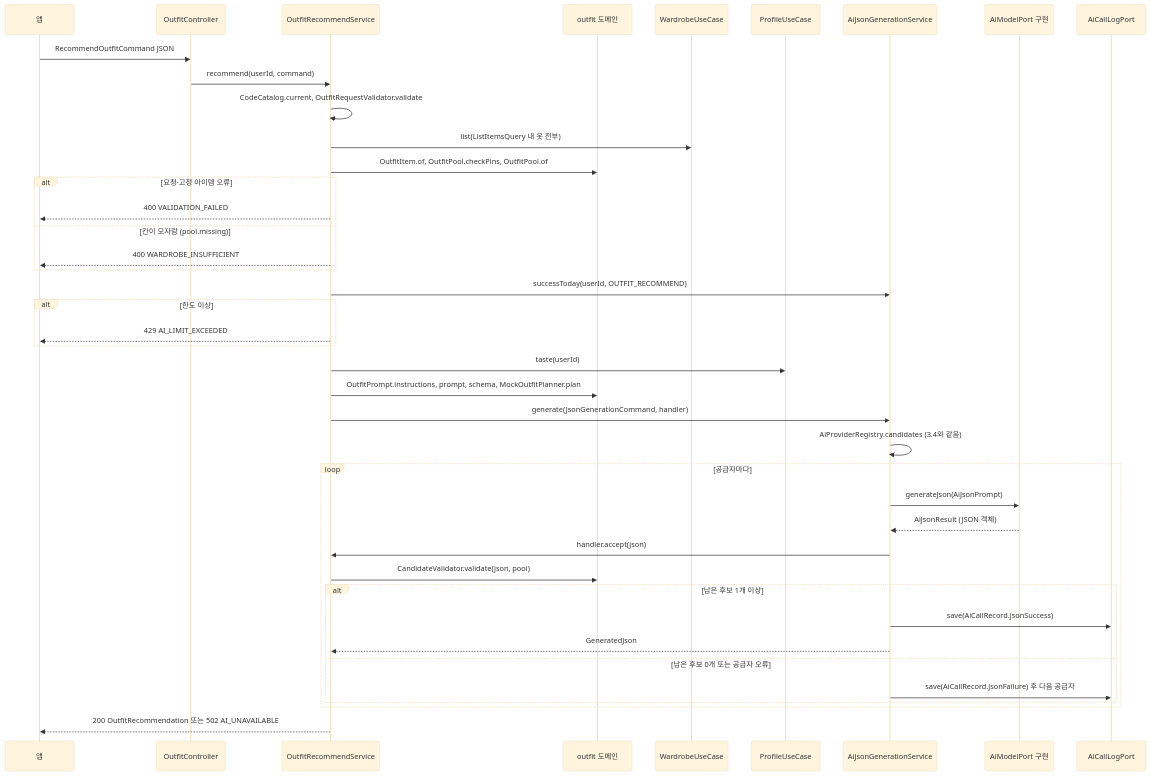
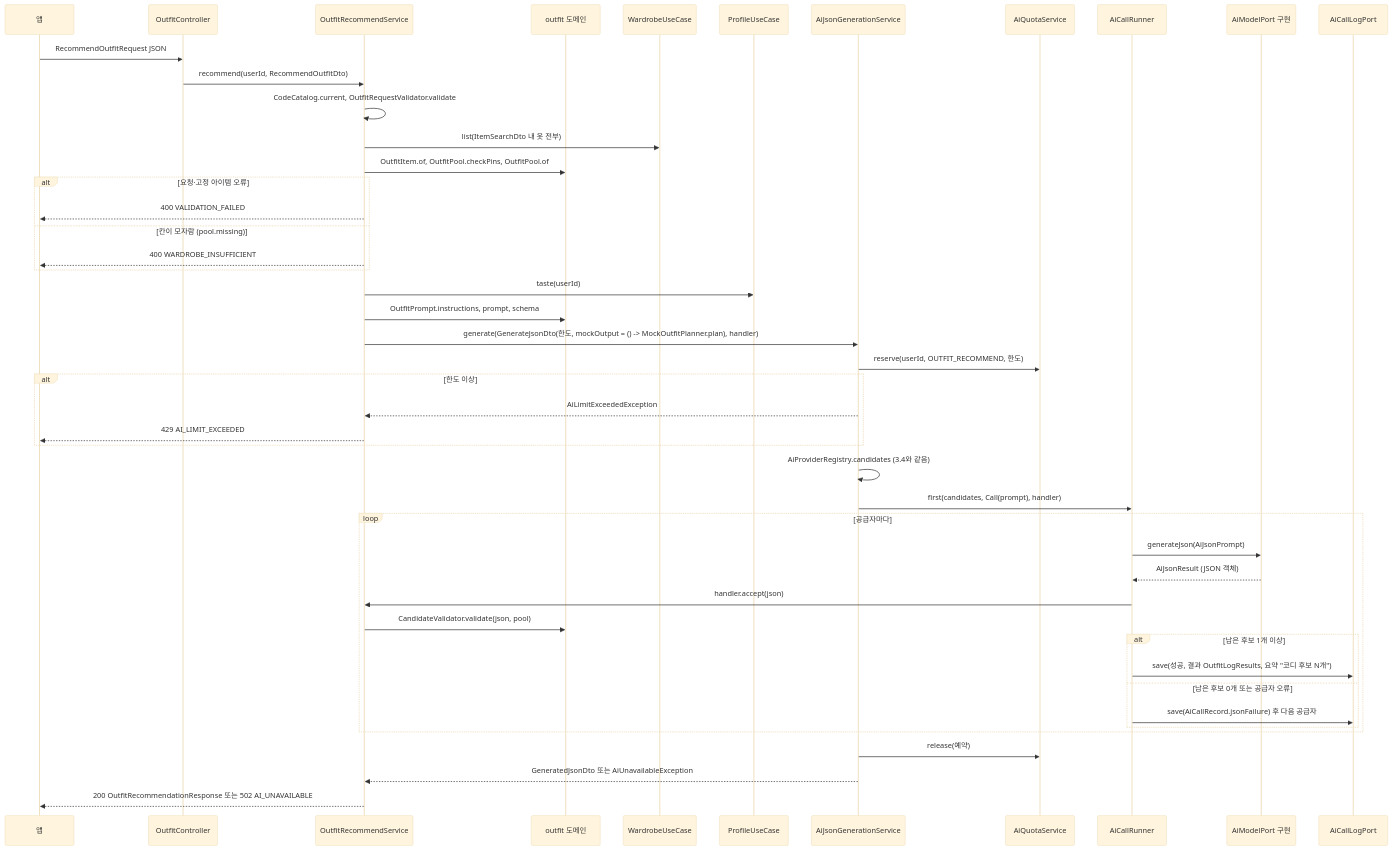
The eighth of 10 diagrams in doc/10_백엔드_흐름.md (showzone83/wearly), drawn with Mermaid (base theme) before and after one commit. The commit also changed other lines of this file and 2 other files, not shown here.

````diff
--- a/doc/10_백엔드_흐름.md
+++ b/doc/10_백엔드_흐름.md
@@ -469,44 +487,49 @@
 ```mermaid
 sequenceDiagram
   participant C as 앱
   participant OC as OutfitController
   participant OS as OutfitRecommendService
   participant OD as outfit 도메인
   participant WU as WardrobeUseCase
   participant PU as ProfileUseCase
   participant JG as AiJsonGenerationService
+  participant QS as AiQuotaService
+  participant RN as AiCallRunner
   participant MP as AiModelPort 구현
   participant LG as AiCallLogPort
 
-  C->>OC: RecommendOutfitCommand JSON
-  OC->>OS: recommend(userId, command)
+  C->>OC: RecommendOutfitRequest JSON
+  OC->>OS: recommend(userId, RecommendOutfitDto)
   OS->>OS: CodeCatalog.current, OutfitRequestValidator.validate
-  OS->>WU: list(ListItemsQuery 내 옷 전부)
+  OS->>WU: list(ItemSearchDto 내 옷 전부)
   OS->>OD: OutfitItem.of, OutfitPool.checkPins, OutfitPool.of
   alt 요청·고정 아이템 오류
     OS-->>C: 400 VALIDATION_FAILED
   else 칸이 모자람 (pool.missing)
     OS-->>C: 400 WARDROBE_INSUFFICIENT
   end
-  OS->>JG: successToday(userId, OUTFIT_RECOMMEND)
+  OS->>PU: taste(userId)
+  OS->>OD: OutfitPrompt.instructions, prompt, schema
+  OS->>JG: generate(GenerateJsonDto(한도, mockOutput = () -> MockOutfitPlanner.plan), handler)
+  JG->>QS: reserve(userId, OUTFIT_RECOMMEND, 한도)
   alt 한도 이상
+    JG-->>OS: AiLimitExceededException
     OS-->>C: 429 AI_LIMIT_EXCEEDED
   end
-  OS->>PU: taste(userId)
-  OS->>OD: OutfitPrompt.instructions, prompt, schema, MockOutfitPlanner.plan
-  OS->>JG: generate(JsonGenerationCommand, handler)
   JG->>JG: AiProviderRegistry.candidates (3.4와 같음)
+  JG->>RN: first(candidates, Call(prompt), handler)
   loop 공급자마다
-    JG->>MP: generateJson(AiJsonPrompt)
-    MP-->>JG: AiJsonResult (JSON 객체)
-    JG->>OS: handler.accept(json)
+    RN->>MP: generateJson(AiJsonPrompt)
+    MP-->>RN: AiJsonResult (JSON 객체)
+    RN->>OS: handler.accept(json)
     OS->>OD: CandidateValidator.validate(json, pool)
     alt 남은 후보 1개 이상
-      JG->>LG: save(AiCallRecord.jsonSuccess)
-      JG-->>OS: GeneratedJson
+      RN->>LG: save(성공, 결과 OutfitLogResults, 요약 "코디 후보 N개")
     else 남은 후보 0개 또는 공급자 오류
-      JG->>LG: save(AiCallRecord.jsonFailure) 후 다음 공급자
+      RN->>LG: save(AiCallRecord.jsonFailure) 후 다음 공급자
     end
   end
-  OS-->>C: 200 OutfitRecommendation 또는 502 AI_UNAVAILABLE
+  JG->>QS: release(예약)
+  JG-->>OS: GeneratedJsonDto 또는 AiUnavailableException
+  OS-->>C: 200 OutfitRecommendationResponse 또는 502 AI_UNAVAILABLE
 ```
````
